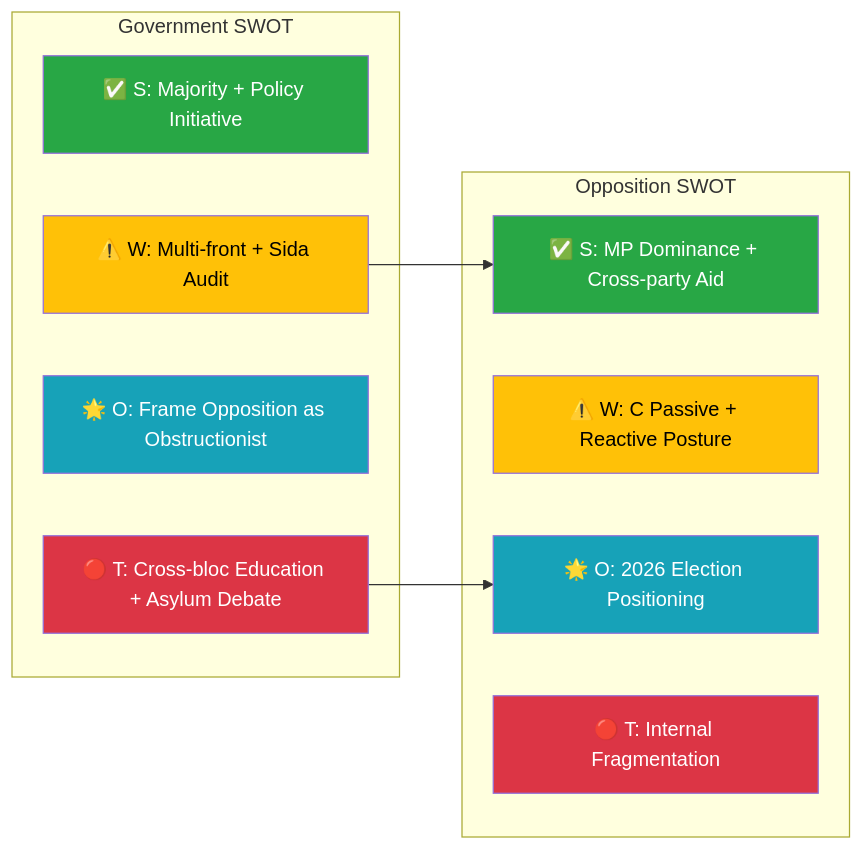
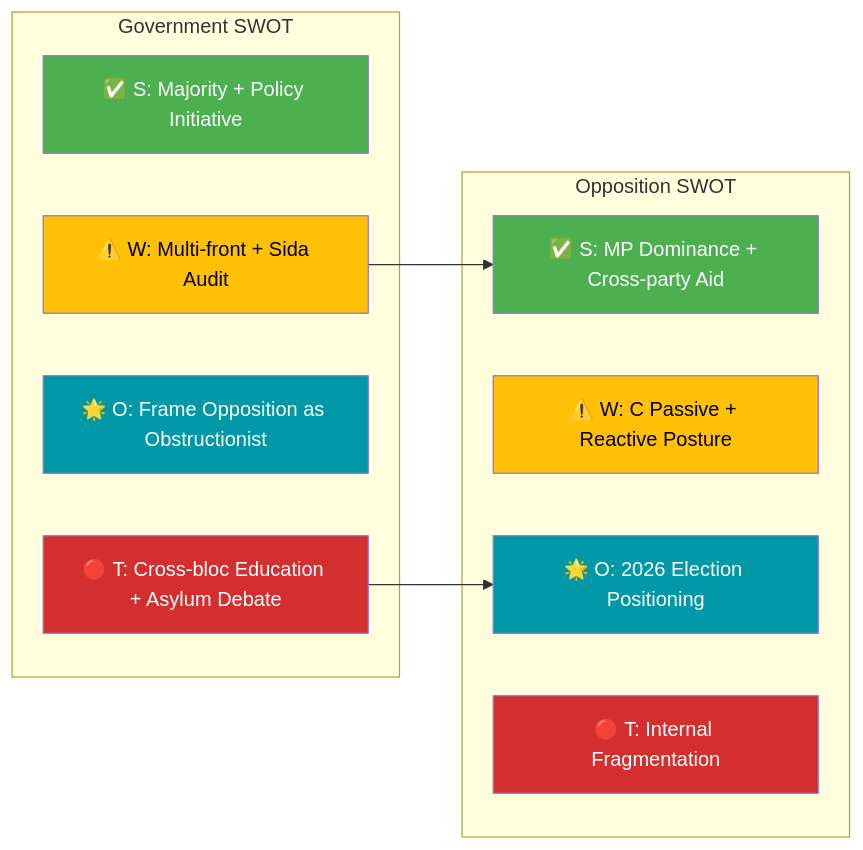
The diagram in analysis/daily/2026-04-14/motions/swot-analysis.md (Hack23/riksdagsmonitor), drawn with Mermaid before and after one commit. The commit also changed 785 other files, not shown here.

First line of the commit message:
Normalize mermaid colors across 786 analysis artifacts to ISMS Style Guide palette

````diff
--- a/analysis/daily/2026-04-14/motions/swot-analysis.md
+++ b/analysis/daily/2026-04-14/motions/swot-analysis.md
@@ -81,25 +81,25 @@
 ```mermaid
 graph LR
     subgraph "Government SWOT"
         GS["✅ S: Majority + Policy Initiative"]
         GW["⚠️ W: Multi-front + Sida Audit"]
         GO["🌟 O: Frame Opposition as Obstructionist"]
         GT["🔴 T: Cross-bloc Education + Asylum Debate"]
     end
     subgraph "Opposition SWOT"
         OS["✅ S: MP Dominance + Cross-party Aid"]
         OW["⚠️ W: C Passive + Reactive Posture"]
         OO["🌟 O: 2026 Election Positioning"]
         OT["🔴 T: Internal Fragmentation"]
     end
     GW --> OS
     GT --> OO
-    style GS fill:#28a745,color:#fff
-    style GW fill:#ffc107,color:#000
-    style GO fill:#17a2b8,color:#fff
-    style GT fill:#dc3545,color:#fff
-    style OS fill:#28a745,color:#fff
-    style OW fill:#ffc107,color:#000
-    style OO fill:#17a2b8,color:#fff
-    style OT fill:#dc3545,color:#fff
+    style GS fill:#4CAF50,color:#FFFFFF
+    style GW fill:#FFC107,color:#000000
+    style GO fill:#0097A7,color:#FFFFFF
+    style GT fill:#D32F2F,color:#FFFFFF
+    style OS fill:#4CAF50,color:#FFFFFF
+    style OW fill:#FFC107,color:#000000
+    style OO fill:#0097A7,color:#FFFFFF
+    style OT fill:#D32F2F,color:#FFFFFF
 ```
````
